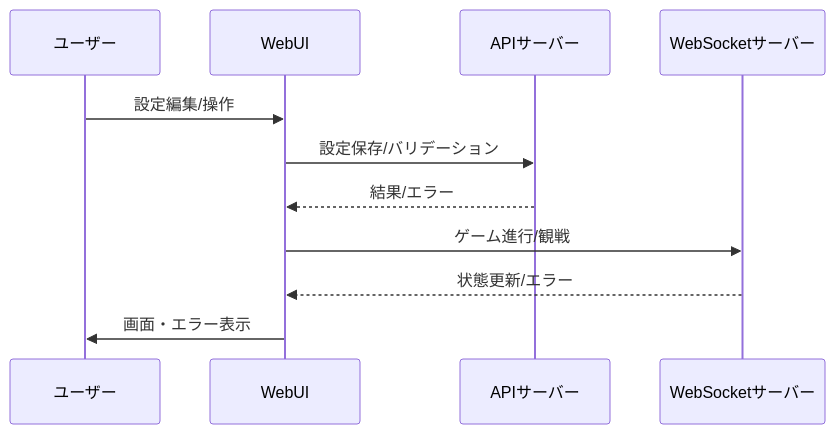
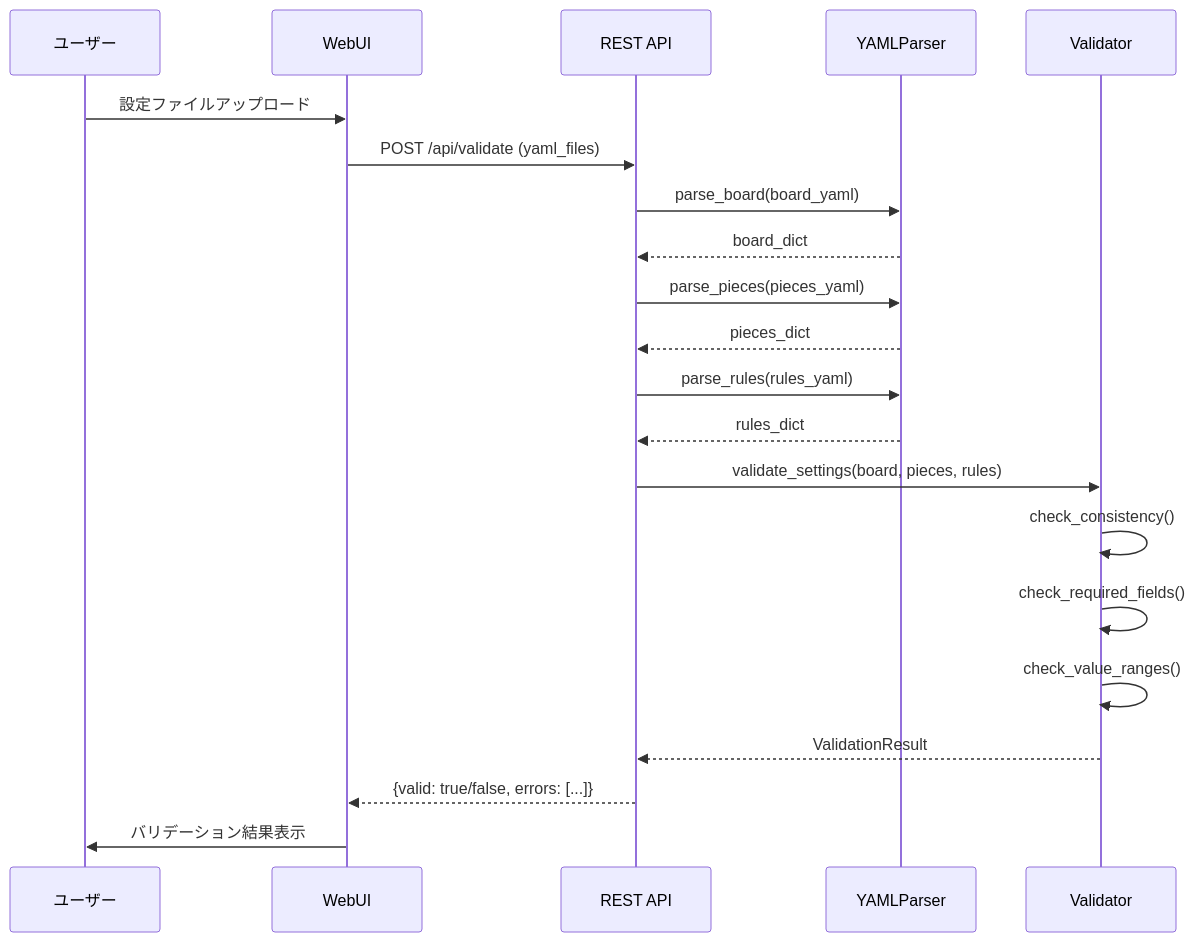
The fourth of 4 diagrams in specifications/03_algorithm.md (ikokeba/FelxiBoard), drawn with Mermaid before and after one commit. The commit also changed other lines of this file and 6 other files, not shown here.

````diff
--- a/specifications/03_algorithm.md
+++ b/specifications/03_algorithm.md
@@ -307,14 +508,24 @@
 ```mermaid
 sequenceDiagram
-  participant U as ユーザー
-  participant UI as WebUI
-  participant API as APIサーバー
-  participant WS as WebSocketサーバー
+    participant U as ユーザー
+    participant UI as WebUI
+    participant API as REST API
+    participant YP as YAMLParser
+    participant V as Validator
 
-  U->>UI: 設定編集/操作
-  UI->>API: 設定保存/バリデーション
-  API-->>UI: 結果/エラー
-  UI->>WS: ゲーム進行/観戦
-  WS-->>UI: 状態更新/エラー
-  UI->>U: 画面・エラー表示
+    U->>UI: 設定ファイルアップロード
+    UI->>API: POST /api/validate (yaml_files)
+    API->>YP: parse_board(board_yaml)
+    YP-->>API: board_dict
+    API->>YP: parse_pieces(pieces_yaml)
+    YP-->>API: pieces_dict
+    API->>YP: parse_rules(rules_yaml)
+    YP-->>API: rules_dict
+    API->>V: validate_settings(board, pieces, rules)
+    V->>V: check_consistency()
+    V->>V: check_required_fields()
+    V->>V: check_value_ranges()
+    V-->>API: ValidationResult
+    API-->>UI: {valid: true/false, errors: [...]}
+    UI->>U: バリデーション結果表示
 ```
````
